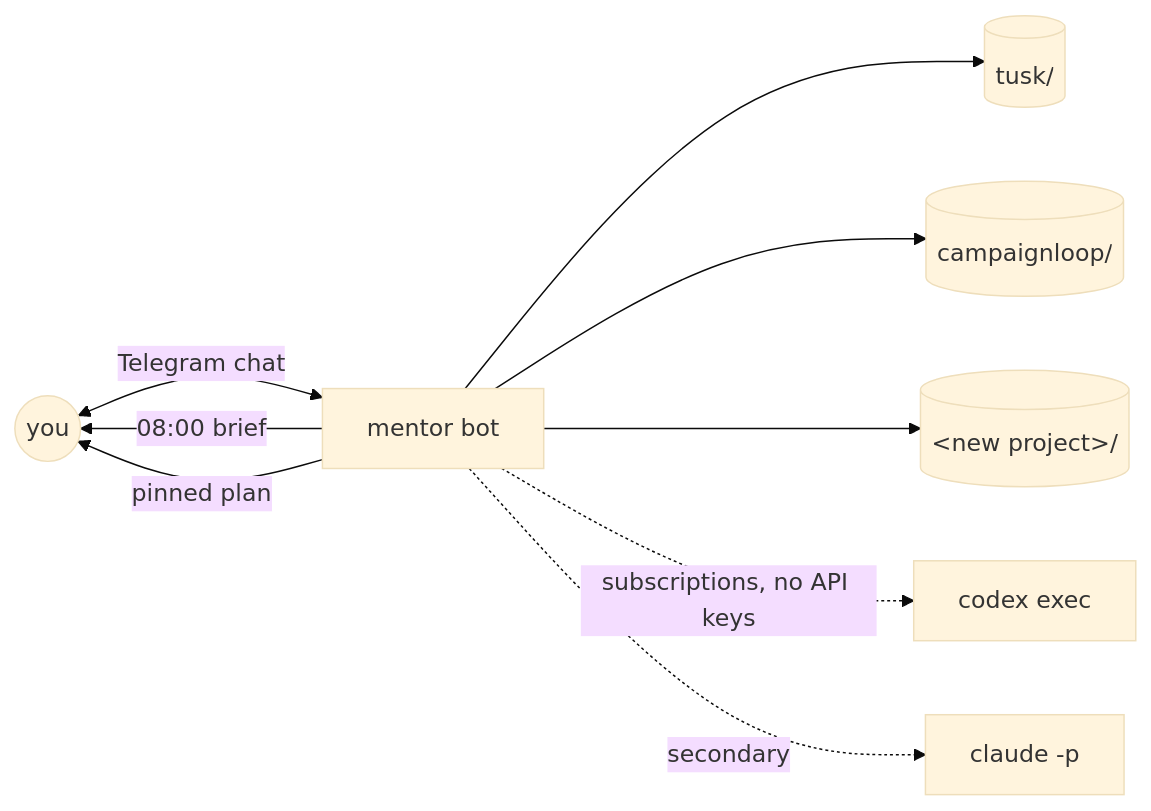
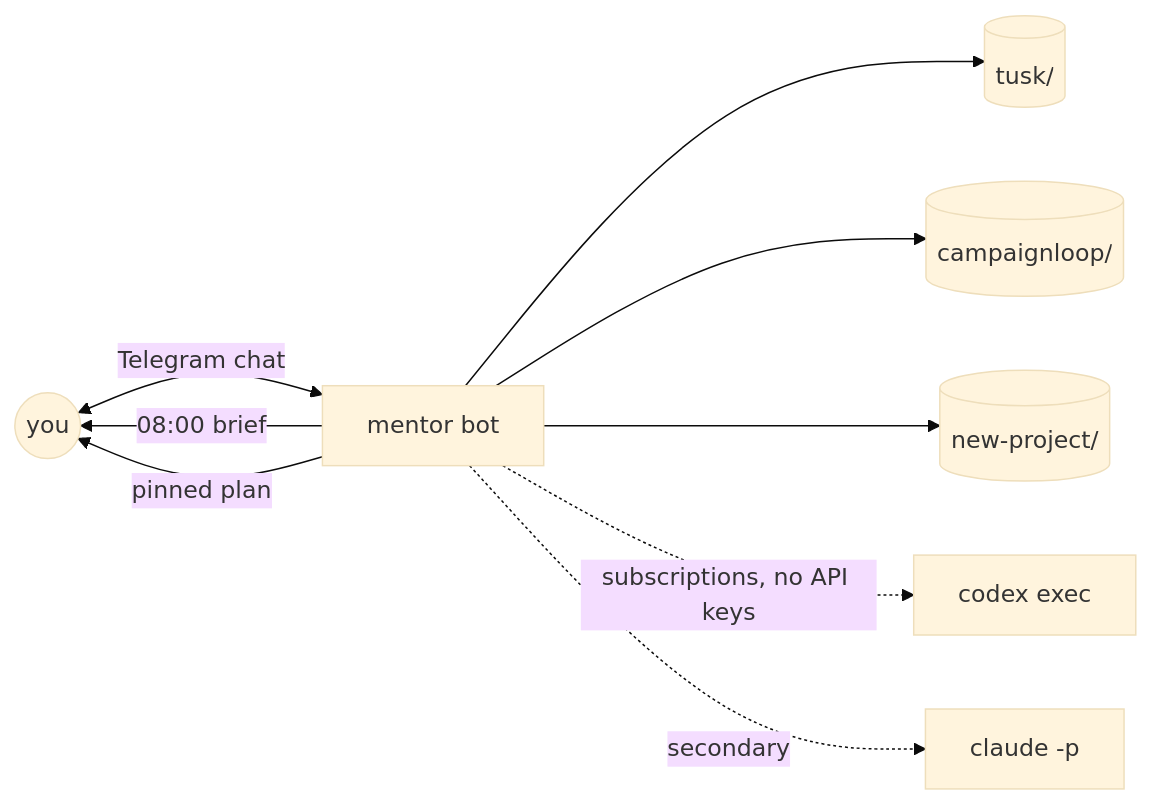
One commit to vovka/mentor-bot changed the first of 16 diagrams in docs/ARCHITECTURE.md. Above: the diagram before and after it, drawn with Mermaid (base theme). The commit also changed other lines of this file, not shown here.

Commit message:
docs: plain new-project label (mermaid strips angle brackets)
Claude-Session: https://claude.ai/code/session_01M4gH2Kn5GkPJtYPP2RLBNa

````diff
--- a/docs/ARCHITECTURE.md
+++ b/docs/ARCHITECTURE.md
@@ -8,11 +8,11 @@
 ```mermaid
 flowchart LR
   You((you)) <-- Telegram chat --> BOT[mentor bot]
   BOT -- 08:00 brief --> You
   BOT -- pinned plan --> You
   BOT --> P1[(tusk/)]
   BOT --> P2[(campaignloop/)]
-  BOT --> P3[("&lt;new project&gt;/")]
+  BOT --> P3[(new-project/)]
   BOT -. subscriptions, no API keys .-> CX[codex exec]
   BOT -. secondary .-> CL[claude -p]
 ```
````
